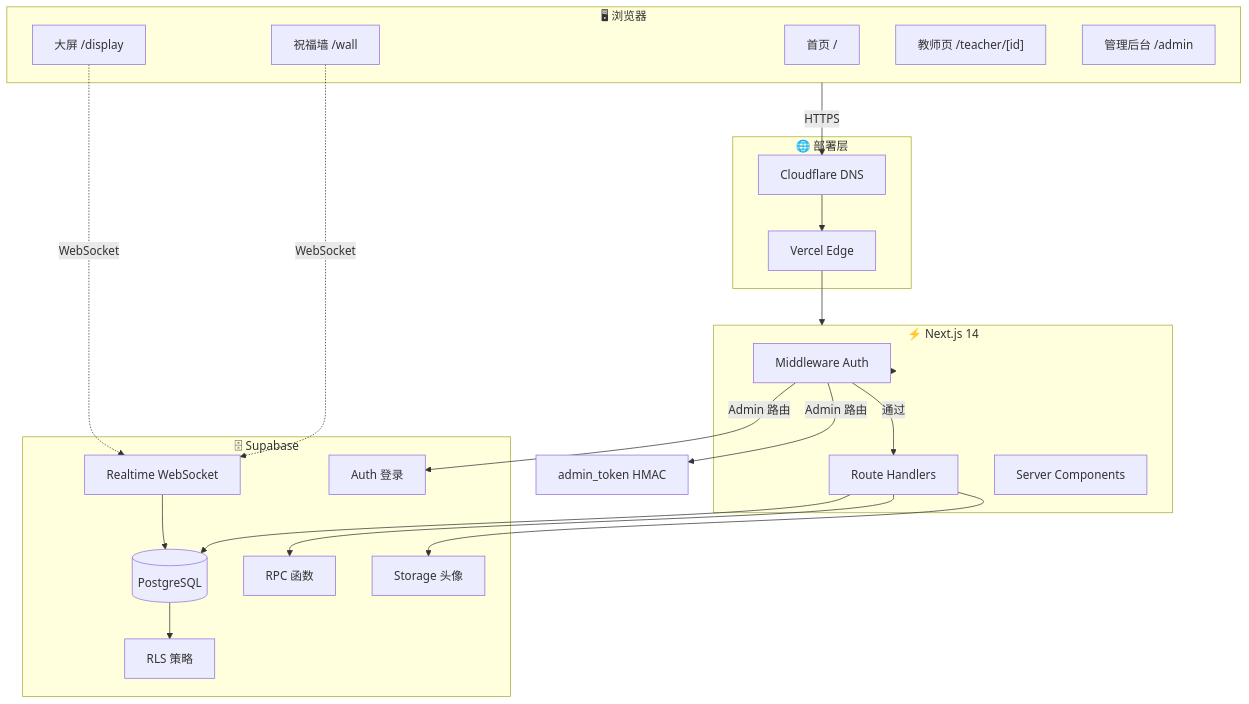
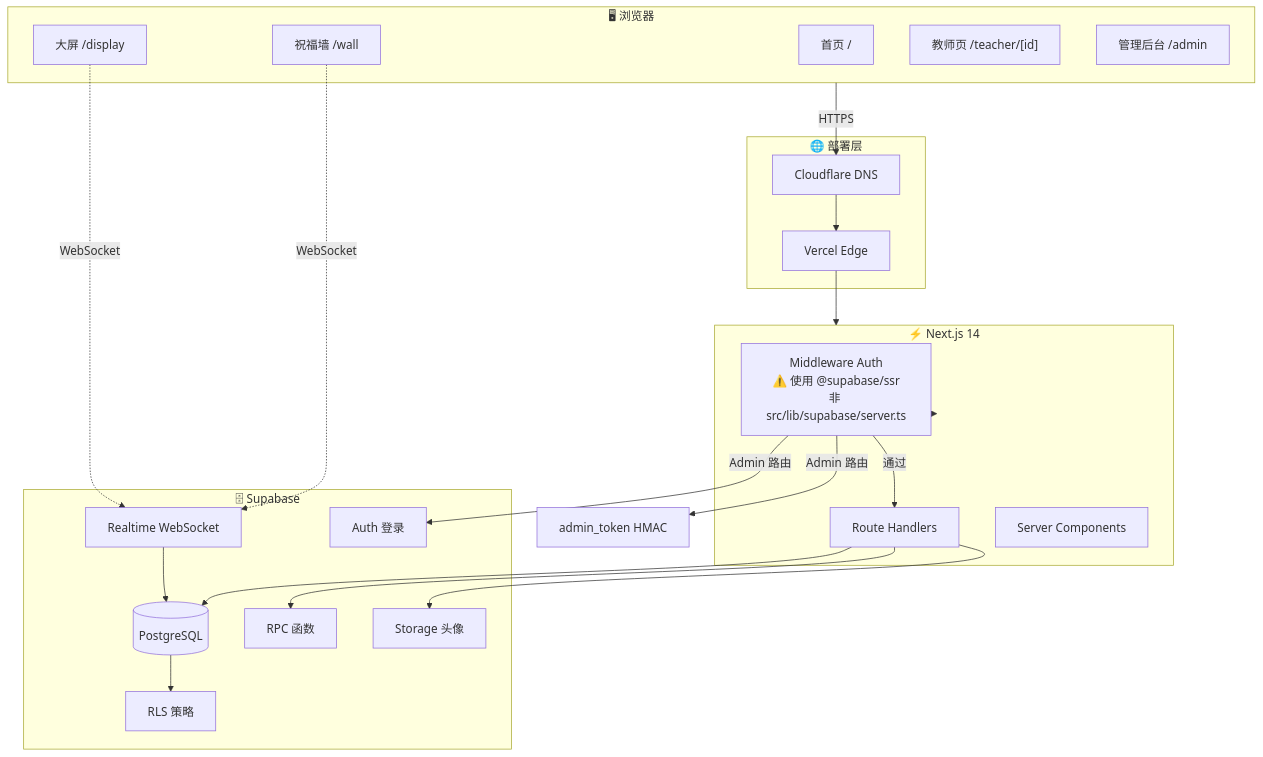
Before and after one commit to shh32010/Teacher-wishes: the second of 4 diagrams in docs/ARCHITECTURE.md, drawn with Mermaid. The commit also changed other lines of this file and 4 other files, not shown here.

````diff
--- a/docs/ARCHITECTURE.md
+++ b/docs/ARCHITECTURE.md
@@ -146,45 +158,45 @@
 ```mermaid
 flowchart TB
     subgraph Client["🖥 浏览器"]
         Home["首页 /"]
         Wall["祝福墙 /wall"]
         Display["大屏 /display"]
         Teacher["教师页 /teacher/[id]"]
         Admin["管理后台 /admin"]
     end
 
     subgraph Next["⚡ Next.js 14"]
-        Middleware["Middleware Auth"]
+        Middleware["Middleware Auth\n⚠️ 使用 @supabase/ssr\n非 src/lib/supabase/server.ts"]
         API["Route Handlers"]
         SSR["Server Components"]
     end
 
     subgraph Supabase["🗄 Supabase"]
         PG[("PostgreSQL")]
         RLS["RLS 策略"]
         RPC["RPC 函数"]
         RT["Realtime WebSocket"]
         Storage["Storage 头像"]
         Auth["Auth 登录"]
     end
 
     subgraph CDN["🌐 部署层"]
         Vercel["Vercel Edge"]
         CF["Cloudflare DNS"]
     end
 
     Client -->|HTTPS| CF
     CF --> Vercel
     Vercel --> Next
     Next --> Middleware
     Middleware -->|Admin 路由| Auth
     Middleware -->|Admin 路由| Token["admin_token HMAC"]
     Middleware -->|通过| API
     API --> PG
     API --> Storage
     API --> RPC
     PG --> RLS
     Wall -.->|WebSocket| RT
     Display -.->|WebSocket| RT
     RT --> PG
 ```
````
